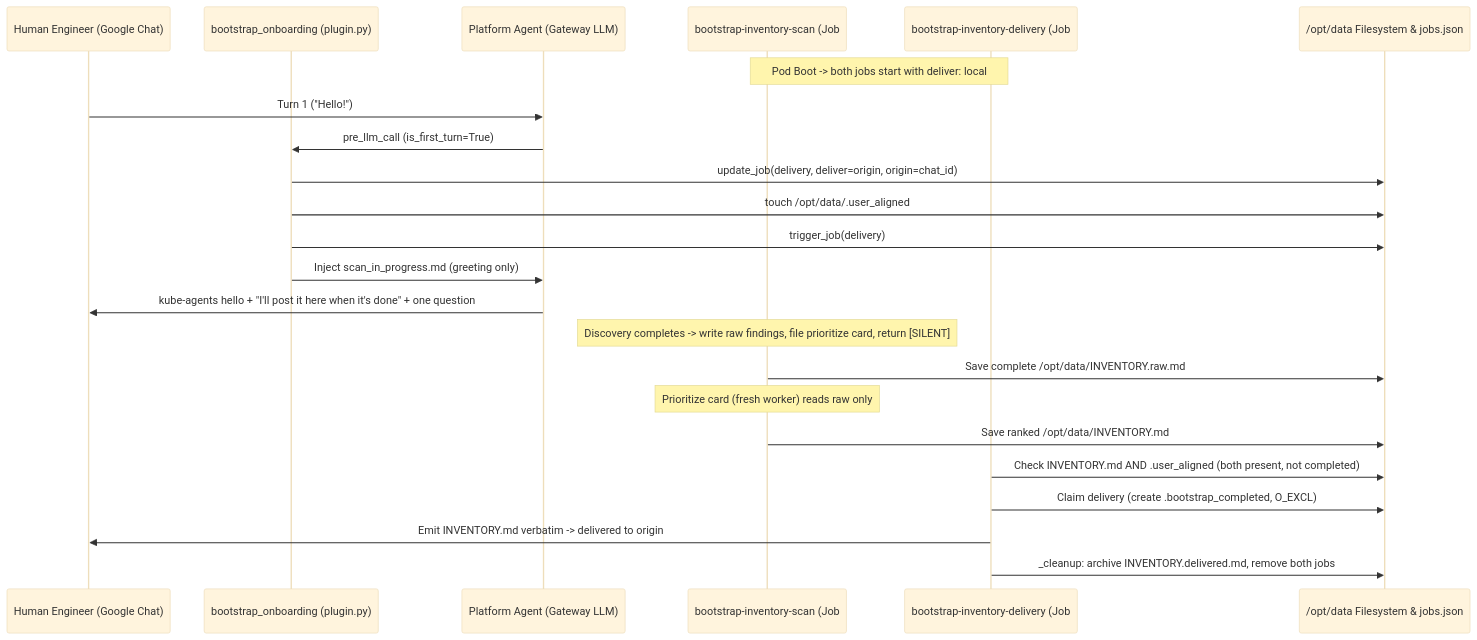
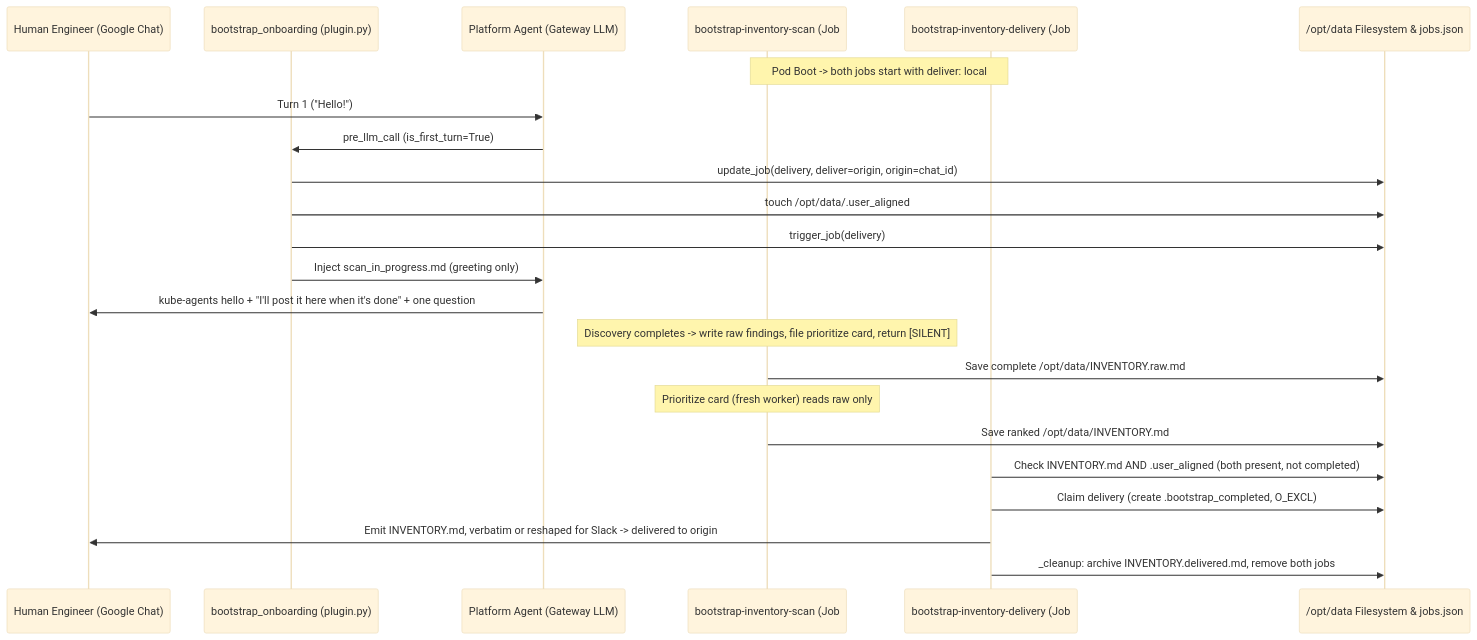
Before and after one commit to jayantid/kube-agents: the second of 3 diagrams in agents/chat/defaults/plugins/bootstrap_onboarding/README.md, drawn with Mermaid (base theme). The commit also changed other lines of this file and 9 other files, not shown here.

Commit message:
feat(onboarding): deliver the first inventory report as a laid-out Slack message

````diff
--- a/agents/chat/defaults/plugins/bootstrap_onboarding/README.md
+++ b/agents/chat/defaults/plugins/bootstrap_onboarding/README.md
@@ -115,26 +115,26 @@
 ```mermaid
 sequenceDiagram
     participant User as Human Engineer (Google Chat)
     participant Hook as bootstrap_onboarding (plugin.py)
     participant Agent as Platform Agent (Gateway LLM)
     participant Scan as bootstrap-inventory-scan (Job #1, LLM)
     participant Deliver as bootstrap-inventory-delivery (Job #2, no_agent script)
     participant Disk as /opt/data Filesystem & jobs.json
 
     Note over Scan,Deliver: Pod Boot -> both jobs start with deliver: local
     User->>Agent: Turn 1 ("Hello!")
     Agent->>Hook: pre_llm_call (is_first_turn=True)
     Hook->>Disk: update_job(delivery, deliver=origin, origin=chat_id)
     Hook->>Disk: touch /opt/data/.user_aligned
     Hook->>Disk: trigger_job(delivery)
     Hook->>Agent: Inject scan_in_progress.md (greeting only)
     Agent->>User: kube-agents hello + "I'll post it here when it's done" + one question
     Note over Scan: Discovery completes -> write raw findings, file prioritize card, return [SILENT]
     Scan->>Disk: Save complete /opt/data/INVENTORY.raw.md
     Note over Scan: Prioritize card (fresh worker) reads raw only
     Scan->>Disk: Save ranked /opt/data/INVENTORY.md
     Deliver->>Disk: Check INVENTORY.md AND .user_aligned (both present, not completed)
     Deliver->>Disk: Claim delivery (create .bootstrap_completed, O_EXCL)
-    Deliver->>User: Emit INVENTORY.md verbatim -> delivered to origin
+    Deliver->>User: Emit INVENTORY.md, verbatim or reshaped for Slack -> delivered to origin
     Deliver->>Disk: _cleanup: archive INVENTORY.delivered.md, remove both jobs
 ```
````
